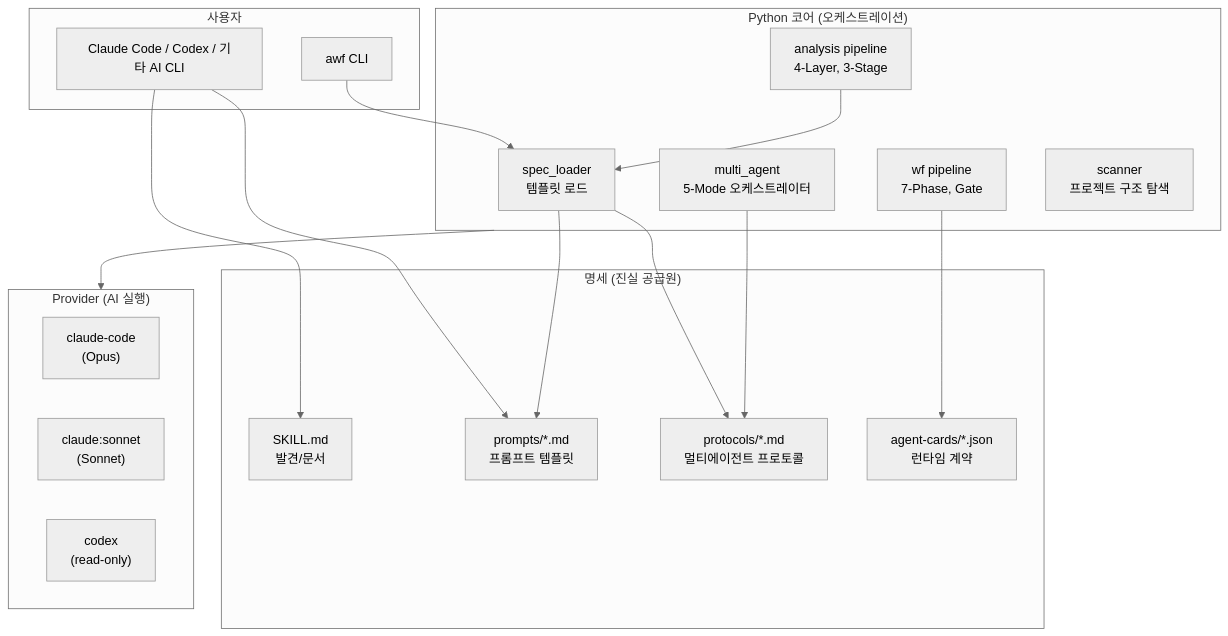
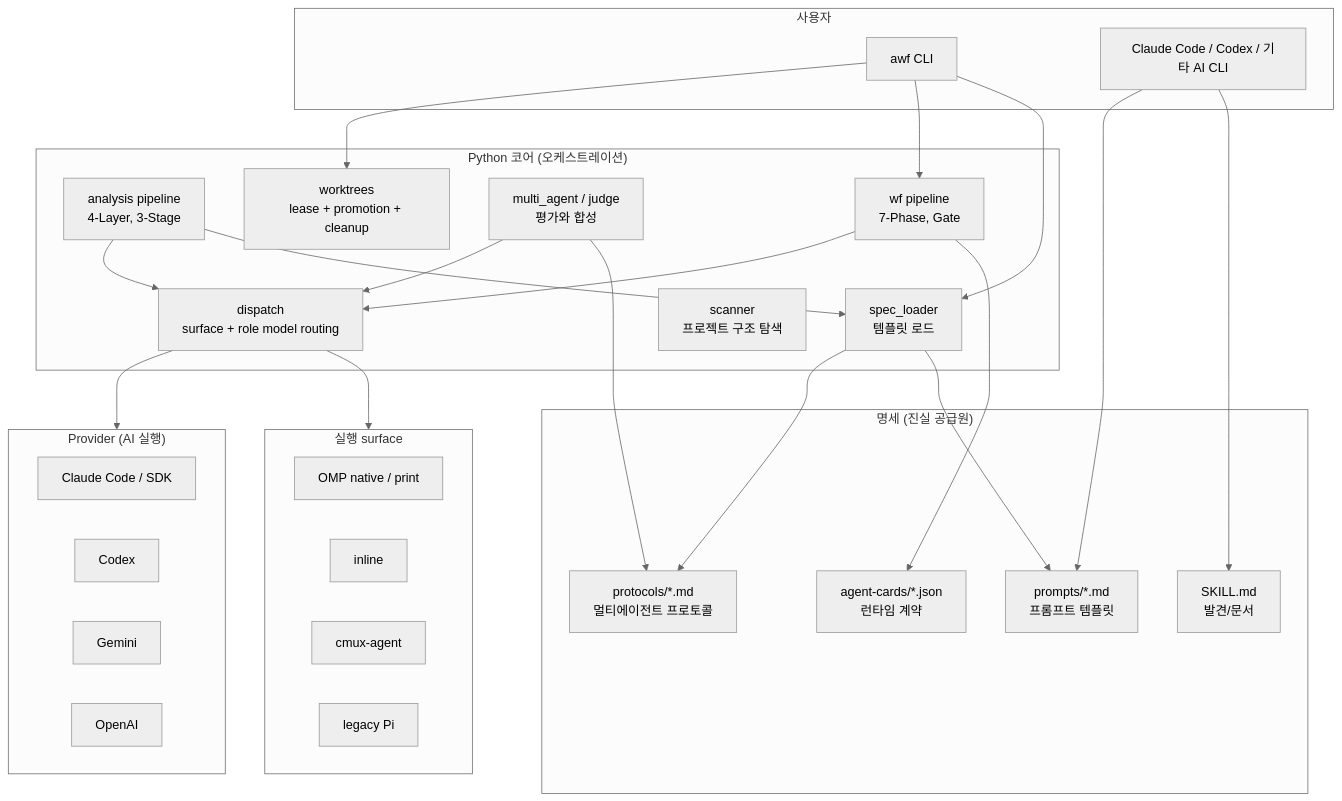
Before and after one commit to coldplay126/ai-workflow-tools: the first of 2 diagrams in docs/architecture/00-overview.md, drawn with Mermaid (neutral theme). The commit also changed other lines of this file and 8 other files, not shown here.

````diff
--- a/docs/architecture/00-overview.md
+++ b/docs/architecture/00-overview.md
@@ -23,38 +23,54 @@
 ```mermaid
 graph TD
     subgraph user["사용자"]
         CLI["awf CLI"]
         CC["Claude Code / Codex / 기타 AI CLI"]
     end
 
     subgraph specs["명세 (진실 공급원)"]
         SKILL["SKILL.md<br/>발견/문서"]
         PROMPTS["prompts/*.md<br/>프롬프트 템플릿"]
         PROTOCOLS["protocols/*.md<br/>멀티에이전트 프로토콜"]
         AGENT_CARD["agent-cards/*.json<br/>런타임 계약"]
     end
 
     subgraph core["Python 코어 (오케스트레이션)"]
         LOADER["spec_loader<br/>템플릿 로드"]
         ANALYSIS["analysis pipeline<br/>4-Layer, 3-Stage"]
         WF["wf pipeline<br/>7-Phase, Gate"]
-        MA["multi_agent<br/>5-Mode 오케스트레이터"]
+        MA["multi_agent / judge<br/>평가와 합성"]
+        DISPATCH["dispatch<br/>surface + role model routing"]
+        WT["worktrees<br/>lease + promotion + cleanup"]
         SCANNER["scanner<br/>프로젝트 구조 탐색"]
     end
 
+    subgraph runners["실행 surface"]
+        OMP["OMP native / print"]
+        INLINE["inline"]
+        CMUX["cmux-agent"]
+        PI["legacy Pi"]
+    end
+
     subgraph providers["Provider (AI 실행)"]
-        CLAUDE["claude-code<br/>(Opus)"]
-        SONNET["claude:sonnet<br/>(Sonnet)"]
-        CODEX["codex<br/>(read-only)"]
+        CLAUDE["Claude Code / SDK"]
+        CODEX["Codex"]
+        GEMINI["Gemini"]
+        OPENAI["OpenAI"]
     end
 
     CLI --> LOADER
+    CLI --> WF
+    CLI --> WT
     CC --> SKILL
     CC --> PROMPTS
     LOADER --> PROMPTS
     LOADER --> PROTOCOLS
-    core --> providers
     WF --> AGENT_CARD
+    WF --> DISPATCH
     ANALYSIS --> LOADER
+    ANALYSIS --> DISPATCH
     MA --> PROTOCOLS
+    MA --> DISPATCH
+    DISPATCH --> runners
+    DISPATCH --> providers
 ```
````
